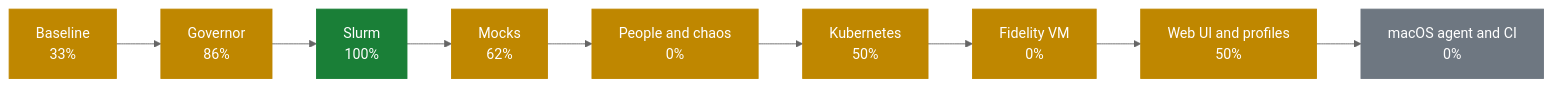
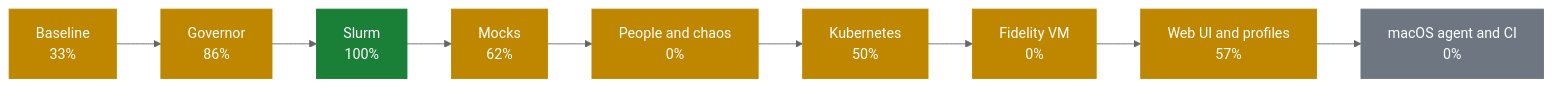
Before and after one commit to AhmedYousriSobhi/workbench: the first of 2 diagrams in docs/PROGRESS.md, drawn with Mermaid (neutral theme). The commit also changed other lines of this file and 13 other files, not shown here.

````diff
--- a/docs/PROGRESS.md
+++ b/docs/PROGRESS.md
@@ -10,17 +10,17 @@
 ```mermaid
 flowchart LR
     p0["Baseline<br/>33%"]:::partial
     p1["Governor<br/>86%"]:::partial
     p2["Slurm<br/>100%"]:::done
     p3["Mocks<br/>62%"]:::partial
     p4["People and chaos<br/>0%"]:::partial
     p5["Kubernetes<br/>50%"]:::partial
     p6["Fidelity VM<br/>0%"]:::partial
-    p7["Web UI and profiles<br/>50%"]:::partial
+    p7["Web UI and profiles<br/>57%"]:::partial
     p8["macOS agent and CI<br/>0%"]:::todo
     p0 --> p1 --> p2 --> p3 --> p4 --> p5 --> p6 --> p7 --> p8
     classDef done fill:#1a7f37,stroke:#1a7f37,color:#fff
     classDef review fill:#0969da,stroke:#0969da,color:#fff
     classDef partial fill:#bf8700,stroke:#bf8700,color:#fff
     classDef todo fill:#6e7781,stroke:#6e7781,color:#fff
 ```
````
